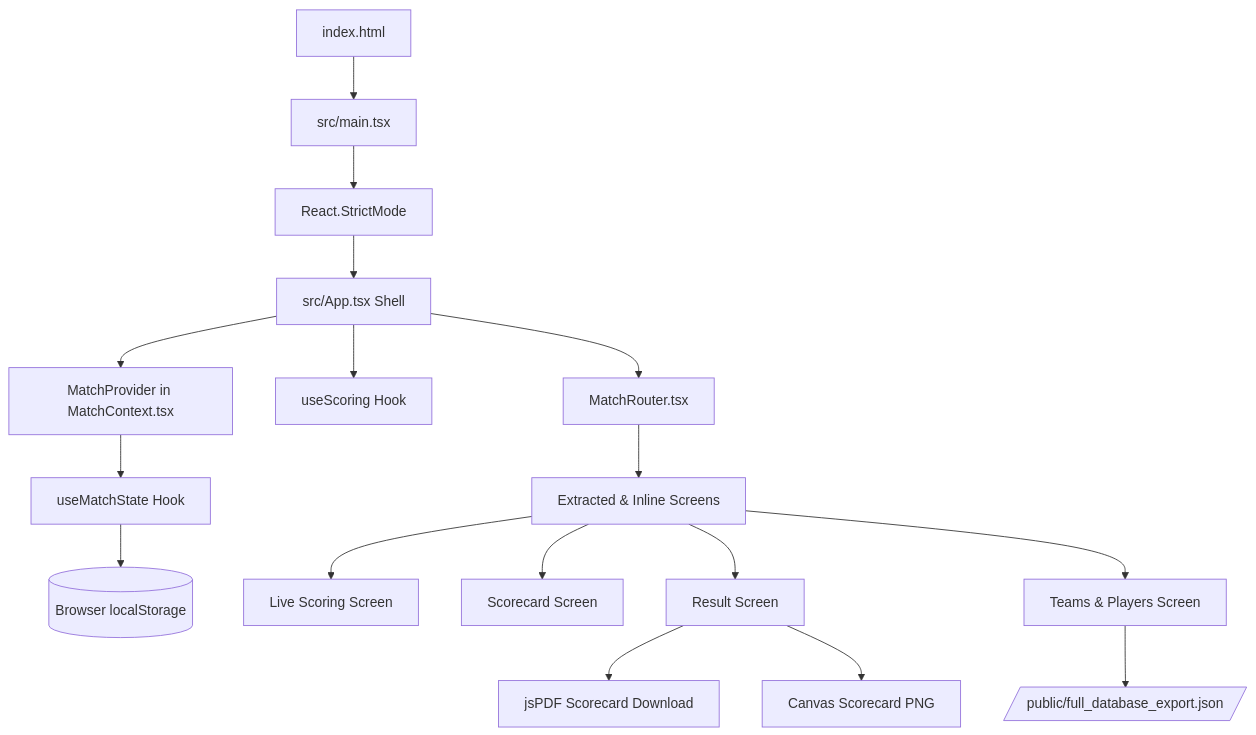
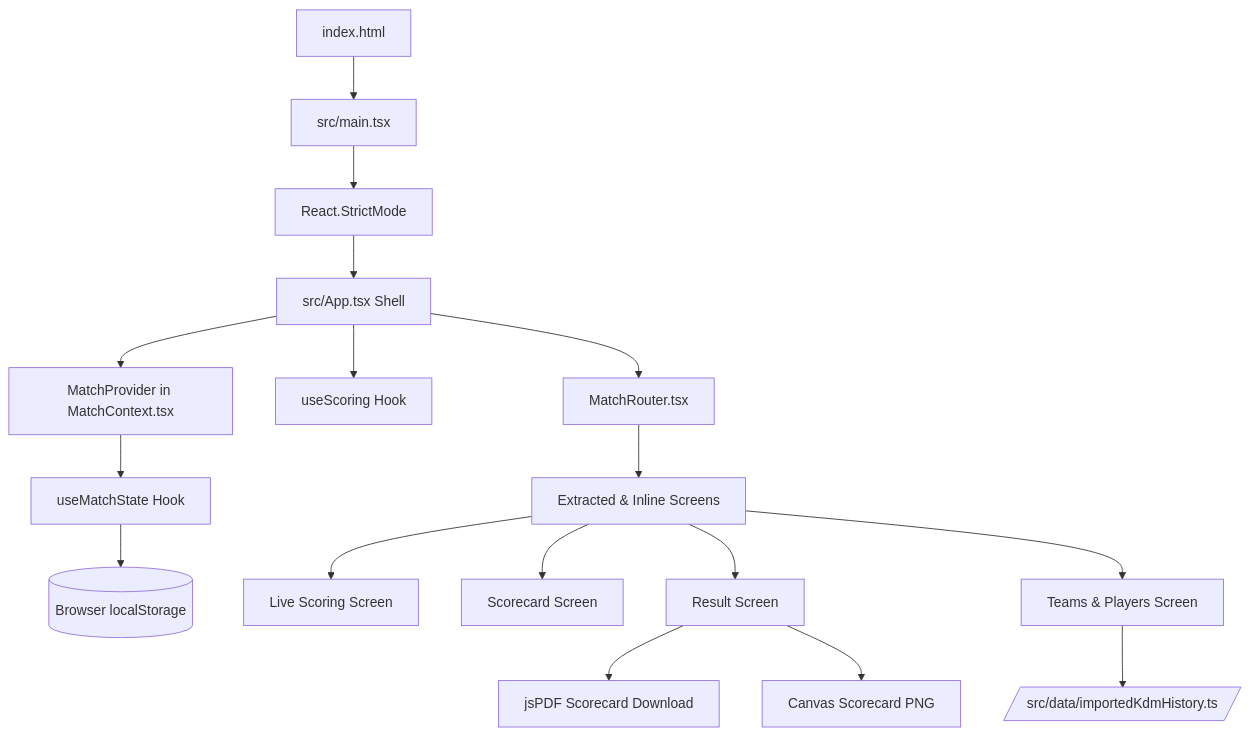
The first of 2 diagrams in docs/PROJECT_ANALYSIS.md (nandhakrishnasr/scoreMate-app), drawn with Mermaid before and after one commit. The commit also changed other lines of this file and 4 other files, not shown here.

````diff
--- a/docs/PROJECT_ANALYSIS.md
+++ b/docs/PROJECT_ANALYSIS.md
@@ -40,19 +39,19 @@
 ```mermaid
 flowchart TD
     HTML[index.html] --> MAIN[src/main.tsx]
     MAIN --> STRICT[React.StrictMode]
     STRICT --> APP[src/App.tsx Shell]
     APP --> CONTEXT_PROV[MatchProvider in MatchContext.tsx]
     CONTEXT_PROV --> HOOK_STATE[useMatchState Hook]
     HOOK_STATE --> LOCAL_STORAGE[(Browser localStorage)]
     APP --> HOOK_SCORING[useScoring Hook]
     APP --> ROUTER[MatchRouter.tsx]
     ROUTER --> SCREENS[Extracted & Inline Screens]
     SCREENS --> LIVE_UI[Live Scoring Screen]
     SCREENS --> SCORECARD_UI[Scorecard Screen]
     SCREENS --> RESULT_UI[Result Screen]
     SCREENS --> STATS_UI[Teams & Players Screen]
-    STATS_UI --> STATIC_DB[/public/full_database_export.json/]
+    STATS_UI --> STATIC_DB[/src/data/importedKdmHistory.ts/]
     RESULT_UI --> EXPORT_PDF[jsPDF Scorecard Download]
     RESULT_UI --> EXPORT_IMG[Canvas Scorecard PNG]
 ```
````
